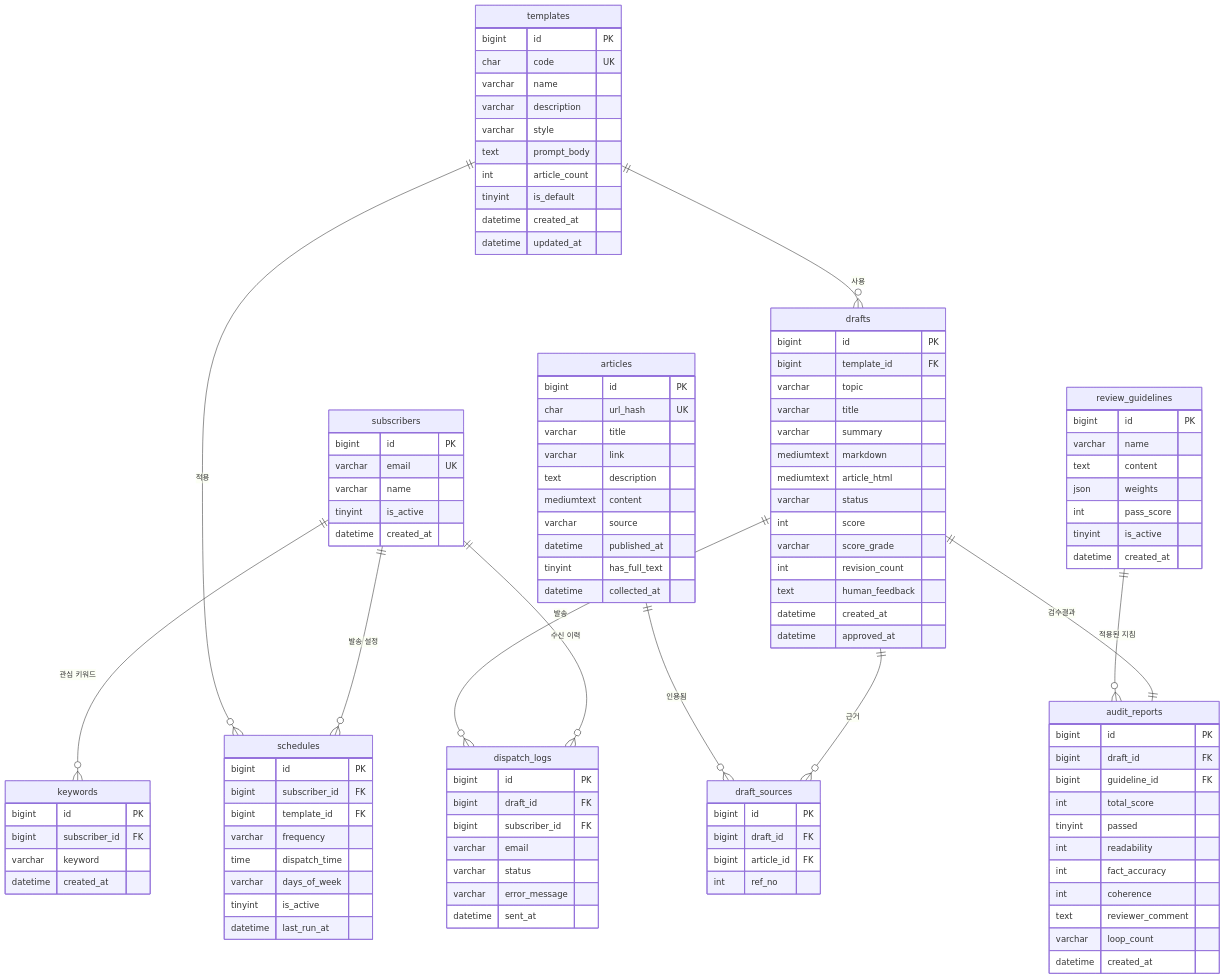
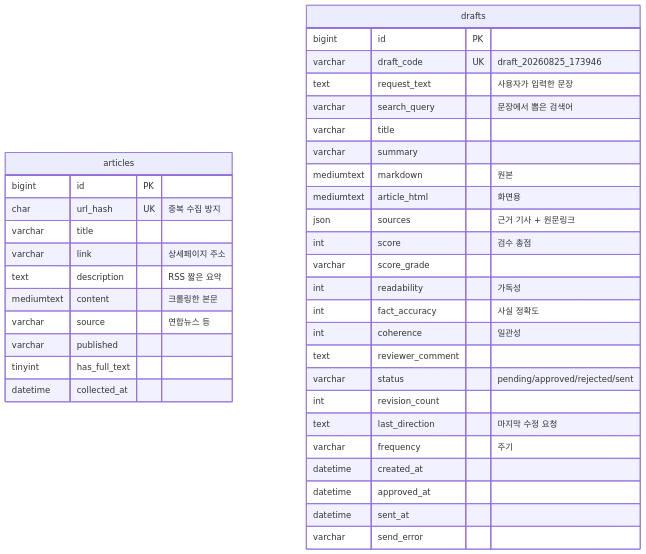
Before and after one commit to chois9105/mulcam: the second of 4 diagrams in ARCHITECTURE.md, drawn with Mermaid. The commit also changed other lines of this file and 8 other files, not shown here.

````diff
--- a/ARCHITECTURE.md
+++ b/ARCHITECTURE.md
@@ -93,123 +104,41 @@
 ```mermaid
 erDiagram
-    subscribers ||--o{ keywords : "관심 키워드"
-    subscribers ||--o{ schedules : "발송 설정"
-    subscribers ||--o{ dispatch_logs : "수신 이력"
-    templates ||--o{ schedules : "적용"
-    templates ||--o{ drafts : "사용"
-    drafts ||--o{ draft_sources : "근거"
-    drafts ||--|| audit_reports : "검수결과"
-    drafts ||--o{ dispatch_logs : "발송"
-    articles ||--o{ draft_sources : "인용됨"
-    review_guidelines ||--o{ audit_reports : "적용된 지침"
-
-    subscribers {
-        bigint id PK
-        varchar email UK
-        varchar name
-        tinyint is_active
-        datetime created_at
-    }
-
-    keywords {
-        bigint id PK
-        bigint subscriber_id FK
-        varchar keyword
-        datetime created_at
-    }
-
-    templates {
-        bigint id PK
-        char code UK
-        varchar name
-        varchar description
-        varchar style
-        text prompt_body
-        int article_count
-        tinyint is_default
-        datetime created_at
-        datetime updated_at
-    }
-
-    schedules {
-        bigint id PK
-        bigint subscriber_id FK
-        bigint template_id FK
-        varchar frequency
-        time dispatch_time
-        varchar days_of_week
-        tinyint is_active
-        datetime last_run_at
-    }
-
     articles {
         bigint id PK
-        char url_hash UK
+        char url_hash UK "중복 수집 방지"
         varchar title
-        varchar link
-        text description
-        mediumtext content
-        varchar source
-        datetime published_at
+        varchar link "상세페이지 주소"
+        text description "RSS 짧은 요약"
+        mediumtext content "크롤링한 본문"
+        varchar source "연합뉴스 등"
+        varchar published
         tinyint has_full_text
         datetime collected_at
     }
 
     drafts {
         bigint id PK
-        bigint template_id FK
-        varchar topic
+        varchar draft_code UK "draft_20260825_173946"
+        text request_text "사용자가 입력한 문장"
+        varchar search_query "문장에서 뽑은 검색어"
         varchar title
         varchar summary
-        mediumtext markdown
-        mediumtext article_html
-        varchar status
-        int score
+        mediumtext markdown "원본"
+        mediumtext article_html "화면용"
+        json sources "근거 기사 + 원문링크"
+        int score "검수 총점"
         varchar score_grade
+        int readability "가독성"
+        int fact_accuracy "사실 정확도"
+        int coherence "일관성"
+        text reviewer_comment
+        varchar status "pending/approved/rejected/sent"
         int revision_count
-        text human_feedback
+        text last_direction "마지막 수정 요청"
+        varchar frequency "주기"
         datetime created_at
         datetime approved_at
-    }
-
-    draft_sources {
-        bigint id PK
-        bigint draft_id FK
-        bigint article_id FK
-        int ref_no
-    }
-
-    review_guidelines {
-        bigint id PK
-        varchar name
-        text content
-        json weights
-        int pass_score
-        tinyint is_active
-        datetime created_at
-    }
-
-    audit_reports {
-        bigint id PK
-        bigint draft_id FK
-        bigint guideline_id FK
-        int total_score
-        tinyint passed
-        int readability
-        int fact_accuracy
-        int coherence
-        text reviewer_comment
-        varchar loop_count
-        datetime created_at
-    }
-
-    dispatch_logs {
-        bigint id PK
-        bigint draft_id FK
-        bigint subscriber_id FK
-        varchar email
-        varchar status
-        varchar error_message
         datetime sent_at
+        varchar send_error
     }
 ```
````
